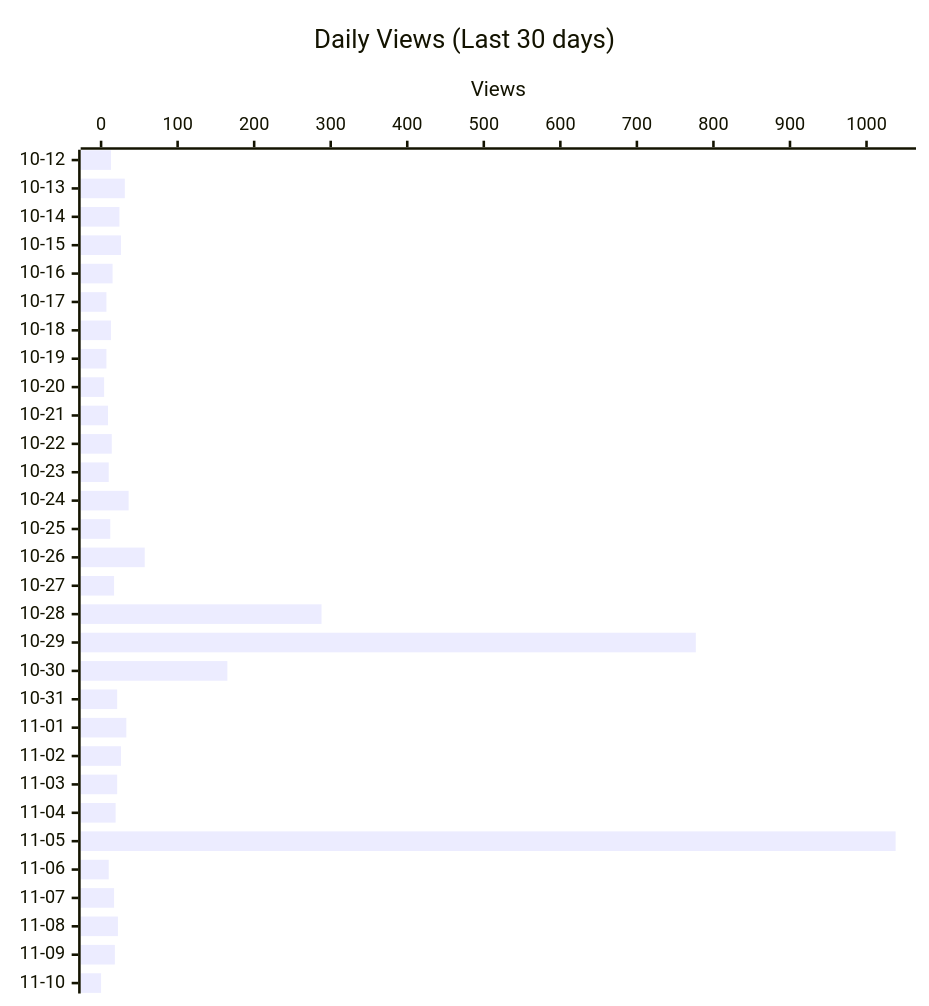
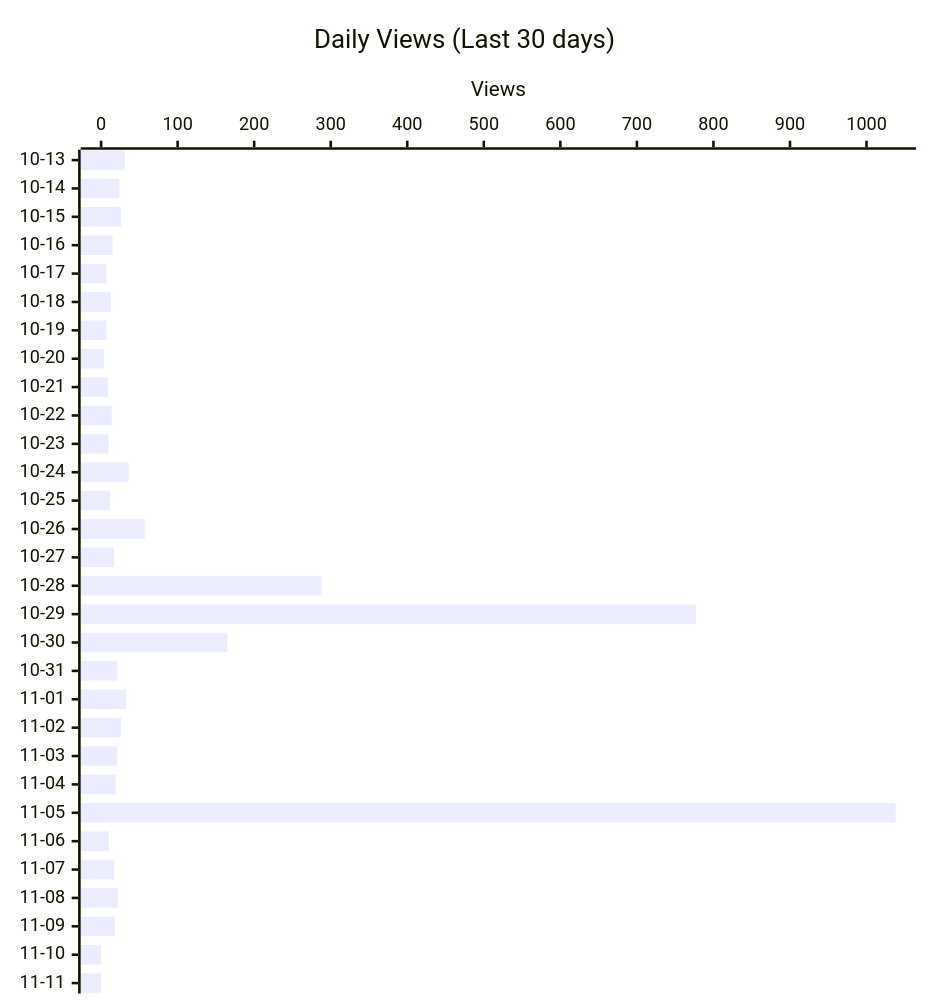
The second of 4 diagrams in README.md (shigechika/github-insights), drawn with Mermaid before and after one commit. The commit also changed other lines of this file and 1 other file, not shown here.

````diff
--- a/README.md
+++ b/README.md
@@ -28,12 +28,12 @@
 ```mermaid
 ---
 config:
   xyChart:
     height: 760
 ---
 xychart-beta horizontal
     title "Daily Views (Last 30 days)"
-    x-axis ["10-12", "10-13", "10-14", "10-15", "10-16", "10-17", "10-18", "10-19", "10-20", "10-21", "10-22", "10-23", "10-24", "10-25", "10-26", "10-27", "10-28", "10-29", "10-30", "10-31", "11-01", "11-02", "11-03", "11-04", "11-05", "11-06", "11-07", "11-08", "11-09", "11-10"]
+    x-axis ["10-13", "10-14", "10-15", "10-16", "10-17", "10-18", "10-19", "10-20", "10-21", "10-22", "10-23", "10-24", "10-25", "10-26", "10-27", "10-28", "10-29", "10-30", "10-31", "11-01", "11-02", "11-03", "11-04", "11-05", "11-06", "11-07", "11-08", "11-09", "11-10", "11-11"]
     y-axis "Views"
-    bar [13, 31, 24, 26, 15, 7, 13, 7, 4, 9, 14, 10, 36, 12, 57, 17, 288, 777, 165, 21, 33, 26, 21, 19, 1038, 10, 17, 22, 18, 0]
+    bar [31, 24, 26, 15, 7, 13, 7, 4, 9, 14, 10, 36, 12, 57, 17, 288, 777, 165, 21, 33, 26, 21, 19, 1038, 10, 17, 22, 18, 0, 0]
 ```
````
